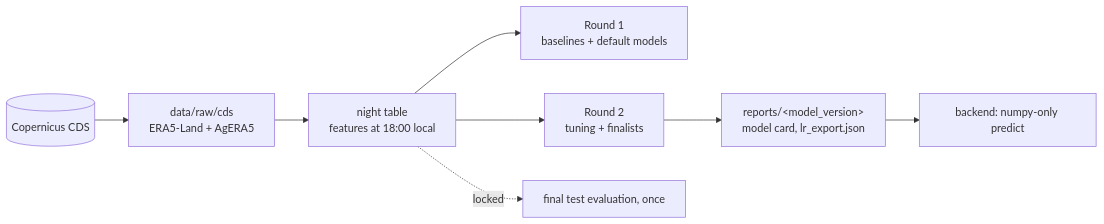
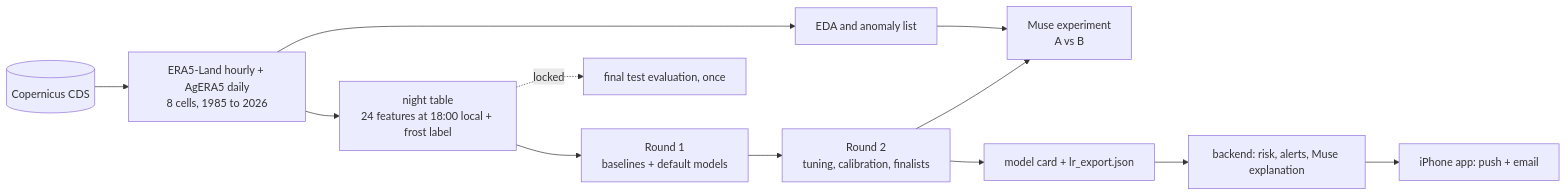
The diagram in README.md (MarvinMR24/altiplano-frost-alert), drawn with Mermaid before and after one commit. The commit also changed other lines of this file and 13 other files, not shown here.

Commit message:
Document the Muse experiment and rewrite the project README

````diff
--- a/README.md
+++ b/README.md
@@ -16,10 +15,14 @@
 ```mermaid
 flowchart LR
-  CDS[(Copernicus CDS)] --> RAW[data/raw/cds<br/>ERA5-Land + AgERA5]
-  RAW --> NT[night table<br/>features at 18:00 local]
+  CDS[(Copernicus CDS)] --> RAW[ERA5-Land hourly + AgERA5 daily<br/>8 cells, 1985 to 2026]
+  RAW --> EDA[EDA and anomaly list]
+  RAW --> NT[night table<br/>24 features at 18:00 local + frost label]
   NT --> R1[Round 1<br/>baselines + default models]
-  NT --> R2[Round 2<br/>tuning + finalists]
-  R2 --> ART[reports/&lt;model_version&gt;<br/>model card, lr_export.json]
-  ART --> API[backend: numpy-only predict]
+  R1 --> R2[Round 2<br/>tuning, calibration, finalists]
+  EDA --> MUSE[Muse experiment<br/>A vs B]
+  R2 --> MUSE
+  R2 --> ART[model card + lr_export.json]
+  ART --> API[backend: risk, alerts, Muse explanation]
+  API --> APP[iPhone app: push + email]
   NT -.locked.-> TEST[final test evaluation, once]
 ```
````
